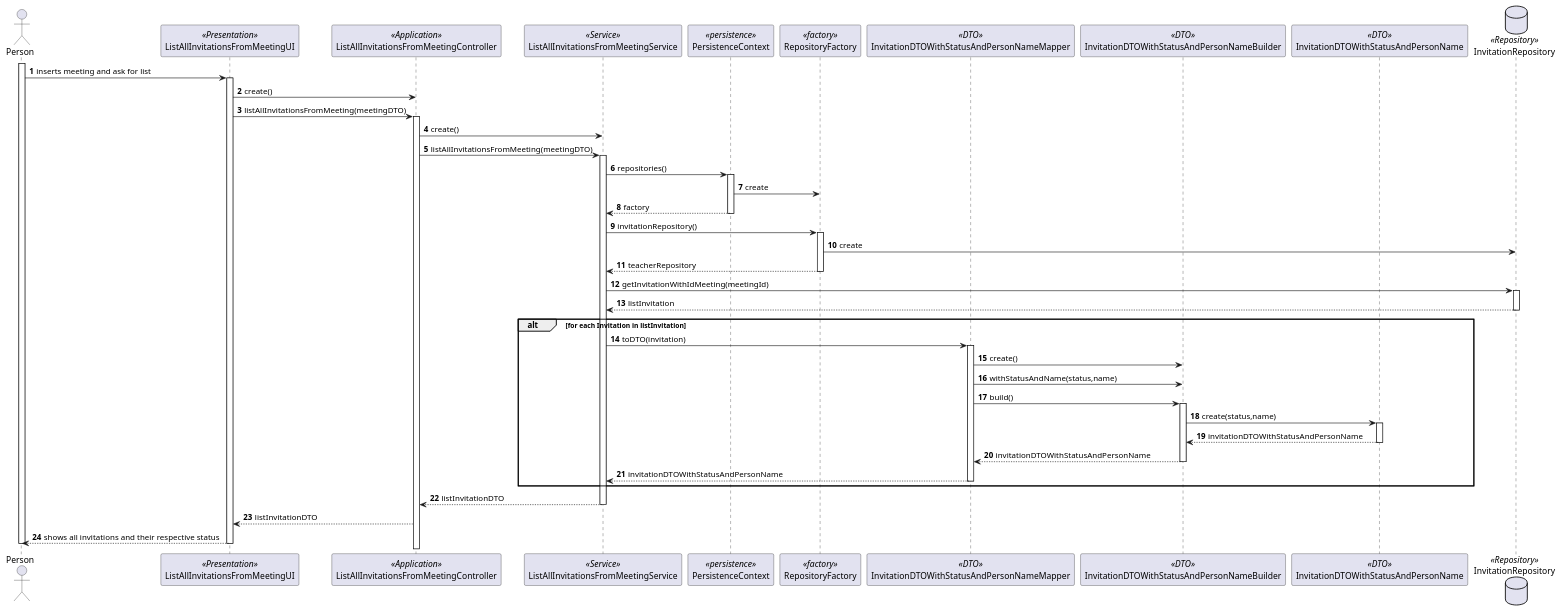
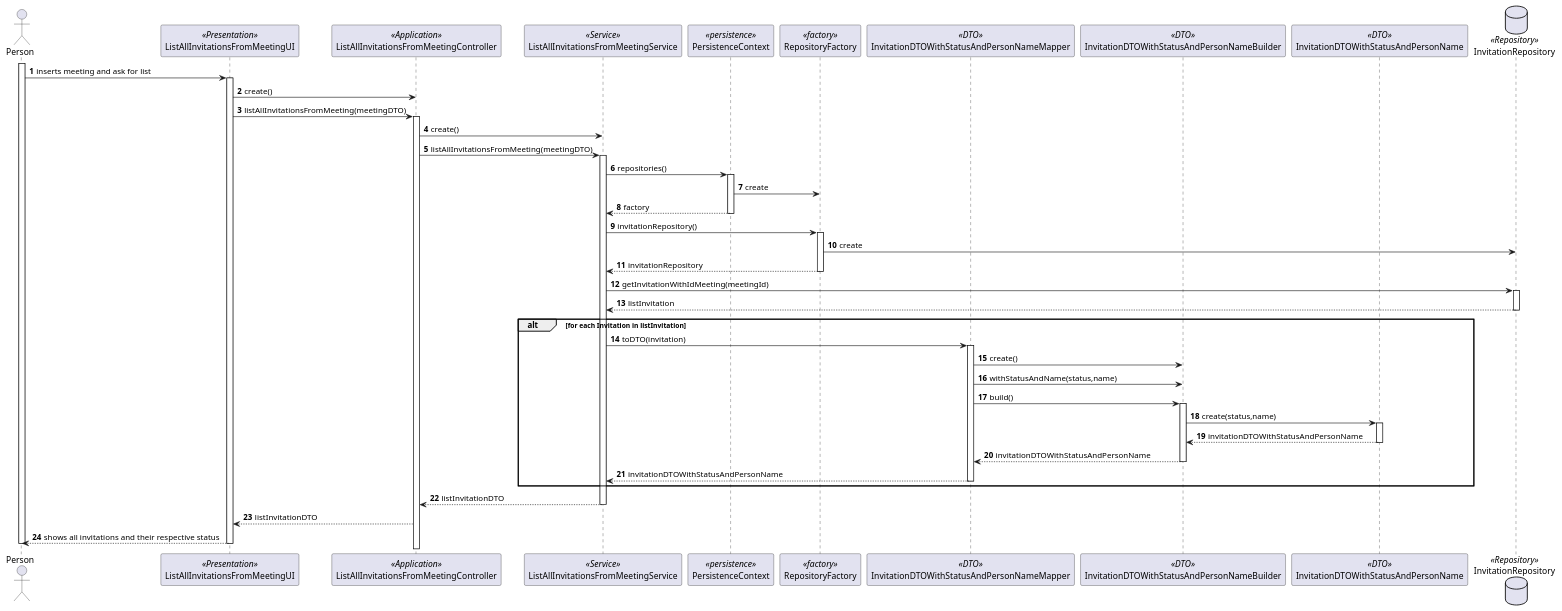
One commit to Marco-Nobrega-Andrade/sem4pi_22_23 changed the diagram in docs/Sprint_C/us_4004/SD_ListAllInvitationsFromMeeting.puml. Above: the diagram before and after it, drawn with PlantUML. The commit also changed 2 other files, not shown here.

```diff
--- a/docs/Sprint_C/us_4004/SD_ListAllInvitationsFromMeeting.puml
+++ b/docs/Sprint_C/us_4004/SD_ListAllInvitationsFromMeeting.puml
@@ -1,69 +1,69 @@
 @startuml
 'https://plantuml.com/sequence-diagram
 
 autonumber
 actor Person as p
 
 participant "ListAllInvitationsFromMeetingUI" as ui <<Presentation>>
 participant "ListAllInvitationsFromMeetingController" as ctrl <<Application>>
 participant "ListAllInvitationsFromMeetingService" as service <<Service>>
 participant PersistenceContext as persistence <<persistence>>
 participant RepositoryFactory as repFactory <<factory>>
 
 participant InvitationDTOWithStatusAndPersonNameMapper as ma <<DTO>>
 participant InvitationDTOWithStatusAndPersonNameBuilder as builder <<DTO>>
 participant InvitationDTOWithStatusAndPersonName as dto <<DTO>>
 
 
 database "InvitationRepository" as invRep <<Repository>>
 
 
 activate p
 p -> ui: inserts meeting and ask for list
 activate ui
 ui -> ctrl: create()
 ui -> ctrl: listAllInvitationsFromMeeting(meetingDTO)
 activate ctrl
 ctrl ->service: create()
 ctrl ->  service: listAllInvitationsFromMeeting(meetingDTO)
 activate service
 
 service -> persistence: repositories()
 activate persistence
 persistence -> repFactory: create
 persistence --> service: factory
 deactivate persistence
 service -> repFactory: invitationRepository()
 activate repFactory
 repFactory -> invRep: create
-repFactory --> service: teacherRepository
+repFactory --> service: invitationRepository
 deactivate repFactory
 
 service -> invRep: getInvitationWithIdMeeting(meetingId)
 activate invRep
 invRep --> service: listInvitation
 deactivate invRep
 
 alt for each Invitation in listInvitation
 service -> ma: toDTO(invitation)
 activate ma
 ma -> builder: create()
 ma -> builder: withStatusAndName(status,name)
 ma -> builder: build()
 activate builder
 builder -> dto: create(status,name)
 activate dto
 dto-->builder: invitationDTOWithStatusAndPersonName
 deactivate dto
 builder --> ma : invitationDTOWithStatusAndPersonName
 deactivate builder
 ma --> service: invitationDTOWithStatusAndPersonName
 deactivate ma
 end alt
 service --> ctrl: listInvitationDTO
 deactivate service
 ctrl --> ui: listInvitationDTO
 ui --> p : shows all invitations and their respective status
 deactivate ui
 deactivate p
 @enduml
```
